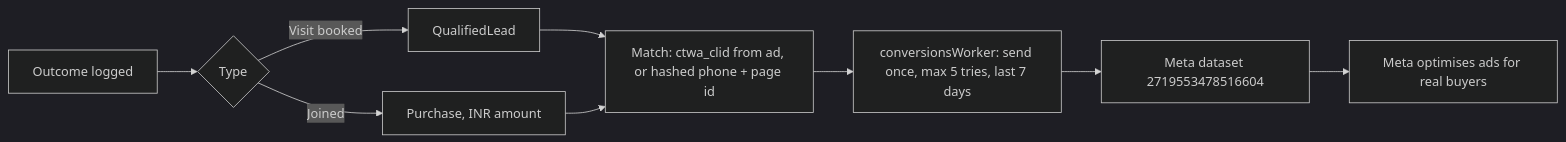
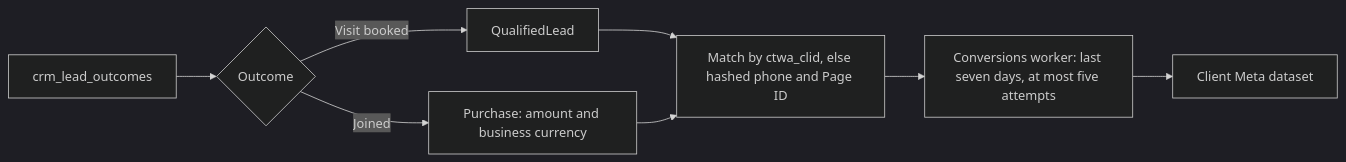
One commit to kaamilstudiesig/GKF-WA changed diagram 11 of 15 in docs/SYSTEM_MAP.md. Above: the diagram before and after it, drawn with Mermaid (dark theme). The commit also changed other lines of this file, not shown here.

````diff
--- a/docs/SYSTEM_MAP.md
+++ b/docs/SYSTEM_MAP.md
@@ -244,11 +363,10 @@
 ```mermaid
 flowchart LR
-  O["Outcome logged"] --> E{"Type"}
-  E -- "Visit booked" --> QL["QualifiedLead"]
-  E -- "Joined" --> PU["Purchase, INR amount"]
-  QL --> M["Match: ctwa_clid from ad, or hashed phone + page id"]
-  PU --> M
-  M --> W["conversionsWorker: send once, max 5 tries, last 7 days"]
-  W --> D["Meta dataset 2719553478516604"]
-  D --> AD["Meta optimises ads for real buyers"]
+  OUT["crm_lead_outcomes"] --> TYPE{"Outcome"}
+  TYPE -- "Visit booked" --> QUAL["QualifiedLead"]
+  TYPE -- "Joined" --> BUY["Purchase: amount and business currency"]
+  QUAL --> MATCH["Match by ctwa_clid, else hashed phone and Page ID"]
+  BUY --> MATCH
+  MATCH --> WORK["Conversions worker: last seven days, at most five attempts"]
+  WORK --> DATASET["Client Meta dataset"]
 ```
````
